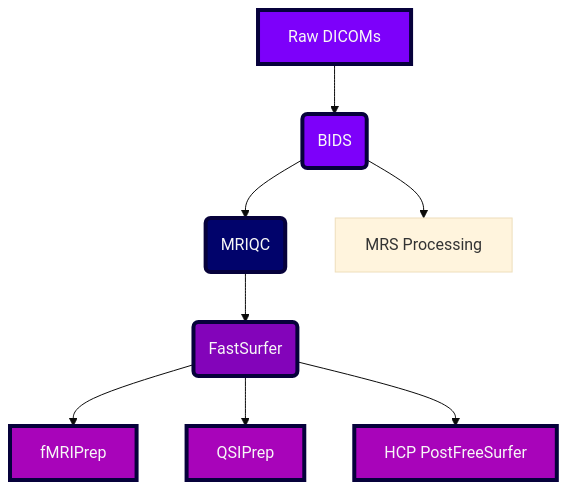
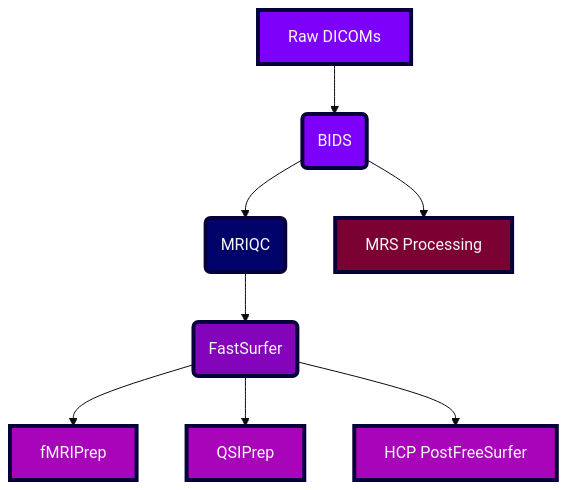
One commit to Daniel-Halls/mindquad changed the diagram in README.md. Above: the diagram before and after it, drawn with Mermaid (base theme).

````diff
--- a/README.md
+++ b/README.md
@@ -9,18 +9,19 @@
 ```mermaid
 graph TD
     A[Raw DICOMs] --> B(BIDS)
     B -->C(MRIQC)
     B --> H[MRS Processing]
     C -->D(FastSurfer)
     D -->E[fMRIPrep]
     D -->F[QSIPrep]    
     D --> G[HCP PostFreeSurfer]
 
     style A fill:#7d00fa,stroke:#06013b,stroke-width:4px,color:#f7f7f7
     style B fill:#7d00fa,stroke:#06013b,stroke-width:4px,color:#f7f7f7
     style C fill:#01036b,stroke:#06013b,stroke-width:4px,color:#f7f7f7
     style D fill:#8304ba,stroke:#06013b,stroke-width:4px,color:#f7f7f7
     style E fill:#a804ba,stroke:#06013b,stroke-width:4px,color:#f7f7f7
     style F fill:#a804ba,stroke:#06013b,stroke-width:4px,color:#f7f7f7
     style G fill:#a804ba,stroke:#06013b,stroke-width:4px,color:#f7f7f7
+    style H fill:#7a0132,stroke:#06013b,stroke-width:4px,color:#f7f7f7
 ```
````
